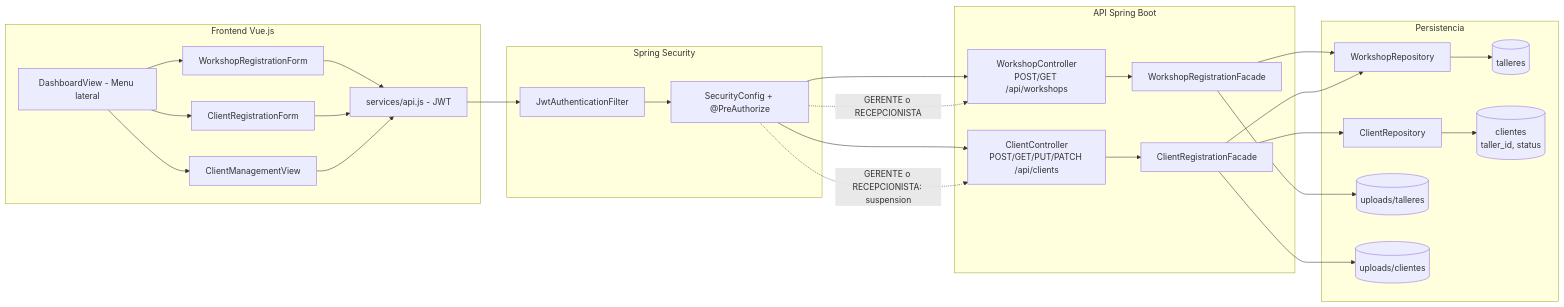
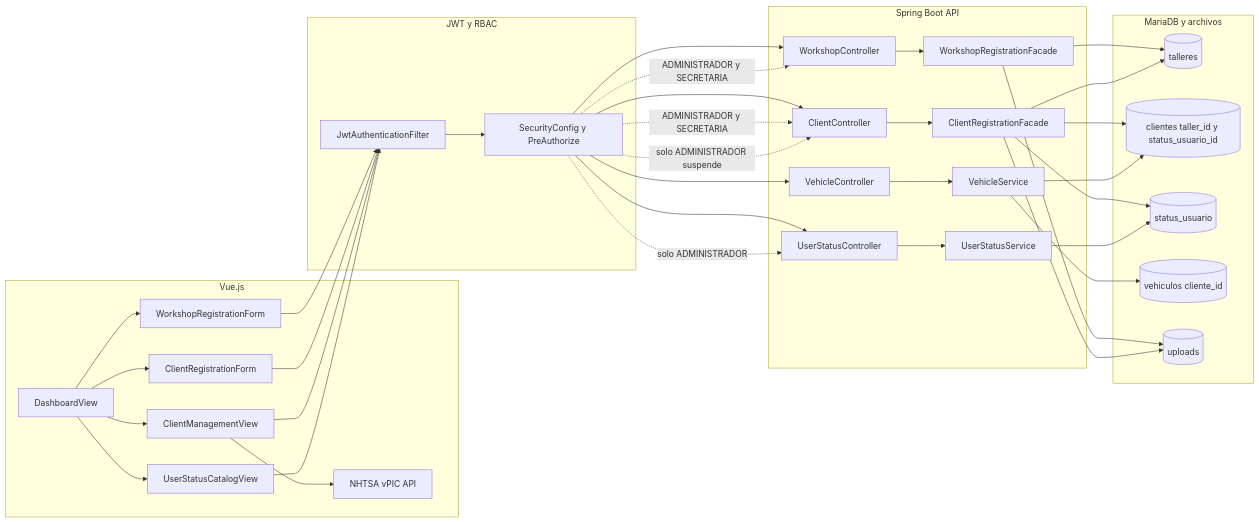
The diagram in diagrama_componentes.mmd (ZurisadaiSalvadorBadillo/taller-mecanico), drawn with Mermaid before and after one commit. The commit also changed 8 other files, not shown here.

Commit message:
feat(clientes): consolidar catalogo y vehiculos

```diff
--- a/diagrama_componentes.mmd
+++ b/diagrama_componentes.mmd
@@ -1,48 +1,47 @@
 flowchart LR
-  subgraph Frontend[Frontend Vue.js]
-    Menu[DashboardView - Menu lateral]
-    TallerForm[WorkshopRegistrationForm]
-    ClienteForm[ClientRegistrationForm]
-    ClienteGestion[ClientManagementView]
-    ApiClient[services/api.js - JWT]
-    Menu --> TallerForm
-    Menu --> ClienteForm
-    Menu --> ClienteGestion
-    TallerForm --> ApiClient
-    ClienteForm --> ApiClient
-    ClienteGestion --> ApiClient
+  subgraph Vue[Vue.js]
+    Menu[DashboardView]
+    Taller[WorkshopRegistrationForm]
+    Cliente[ClientRegistrationForm]
+    Gestion[ClientManagementView]
+    Estatus[UserStatusCatalogView]
+    VPIC[NHTSA vPIC API]
+    Menu --> Taller & Cliente & Gestion & Estatus
+    Gestion --> VPIC
   end
-
-  subgraph Seguridad[Spring Security]
-    Jwt[JwtAuthenticationFilter]
-    Rbac[SecurityConfig + @PreAuthorize]
-    Jwt --> Rbac
+  subgraph RBAC[JWT y RBAC]
+    JWT[JwtAuthenticationFilter]
+    Guard[SecurityConfig y PreAuthorize]
+    JWT --> Guard
   end
-
-  subgraph Api[API Spring Boot]
-    WorkshopApi[WorkshopController\nPOST/GET /api/workshops]
-    ClientApi[ClientController\nPOST/GET/PUT/PATCH /api/clients]
-    WorkshopFacade[WorkshopRegistrationFacade]
-    ClientFacade[ClientRegistrationFacade]
+  subgraph Spring[Spring Boot API]
+    WC[WorkshopController]
+    CC[ClientController]
+    SC[UserStatusController]
+    VC[VehicleController]
+    WF[WorkshopRegistrationFacade]
+    CF[ClientRegistrationFacade]
+    SF[UserStatusService]
+    VF[VehicleService]
+    WC --> WF
+    CC --> CF
+    SC --> SF
+    VC --> VF
   end
-
-  subgraph Datos[Persistencia]
-    WorkshopRepo[WorkshopRepository]
-    ClientRepo[ClientRepository]
-    WorkshopEntity[(talleres)]
-    ClientEntity[(clientes\ntaller_id, status)]
-    WorkshopPhotos[(uploads/talleres)]
-    ClientPhotos[(uploads/clientes)]
+  subgraph Data[MariaDB y archivos]
+    W[(talleres)]
+    C[(clientes taller_id y status_usuario_id)]
+    S[(status_usuario)]
+    V[(vehiculos cliente_id)]
+    Photos[(uploads)]
   end
-
-  ApiClient --> Jwt
-  Rbac --> WorkshopApi
-  Rbac --> ClientApi
-  WorkshopApi --> WorkshopFacade --> WorkshopRepo --> WorkshopEntity
-  WorkshopFacade --> WorkshopPhotos
-  ClientApi --> ClientFacade --> ClientRepo --> ClientEntity
-  ClientFacade --> WorkshopRepo
-  ClientFacade --> ClientPhotos
-
-  Rbac -. GERENTE o RECEPCIONISTA .-> WorkshopApi
-  Rbac -. GERENTE o RECEPCIONISTA: suspension .-> ClientApi
+  Taller & Cliente & Gestion & Estatus --> JWT
+  Guard --> WC & CC & SC & VC
+  WF --> W & Photos
+  CF --> C & W & S & Photos
+  SF --> S
+  VF --> V & C
+  Guard -. ADMINISTRADOR y SECRETARIA .-> WC
+  Guard -. ADMINISTRADOR y SECRETARIA .-> CC
+  Guard -. solo ADMINISTRADOR .-> SC
+  Guard -. solo ADMINISTRADOR suspende .-> CC
```
